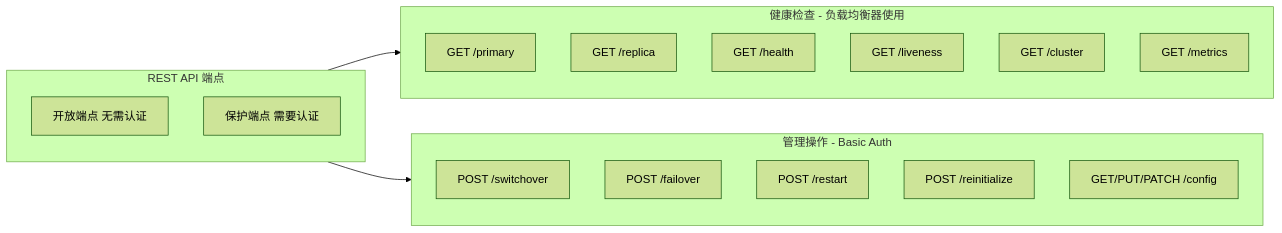
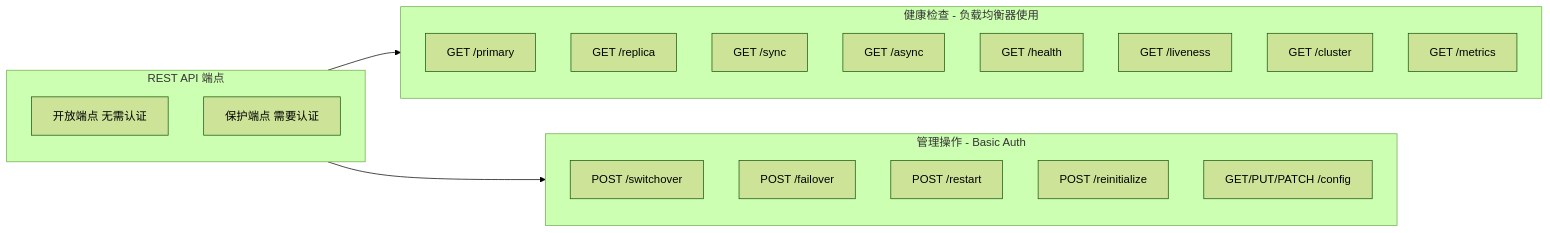
The tenth of 11 diagrams in docs/pg-ha-architecture.md (seraphico/pg-ha), drawn with Mermaid (forest theme) before and after one commit. The commit also changed other lines of this file and 2 other files, not shown here.

````diff
--- a/docs/pg-ha-architecture.md
+++ b/docs/pg-ha-architecture.md
@@ -293,28 +320,30 @@
 ```mermaid
 flowchart LR
     subgraph Endpoints["REST API 端点"]
         direction TB
         OPEN[开放端点 无需认证]
         PROTECTED[保护端点 需要认证]
     end
 
     subgraph OpenEndpoints["健康检查 - 负载均衡器使用"]
         GET_PRIMARY["GET /primary"]
         GET_REPLICA["GET /replica"]
+        GET_SYNC["GET /sync"]
+        GET_ASYNC["GET /async"]
         GET_HEALTH["GET /health"]
         GET_LIVENESS["GET /liveness"]
         GET_CLUSTER["GET /cluster"]
         GET_METRICS["GET /metrics"]
     end
 
     subgraph ProtectedEndpoints["管理操作 - Basic Auth"]
         POST_SWITCHOVER["POST /switchover"]
         POST_FAILOVER["POST /failover"]
         POST_RESTART["POST /restart"]
         POST_REINIT["POST /reinitialize"]
         CONFIG["GET/PUT/PATCH /config"]
     end
 
     OPEN --> OpenEndpoints
     PROTECTED --> ProtectedEndpoints
 ```
````
